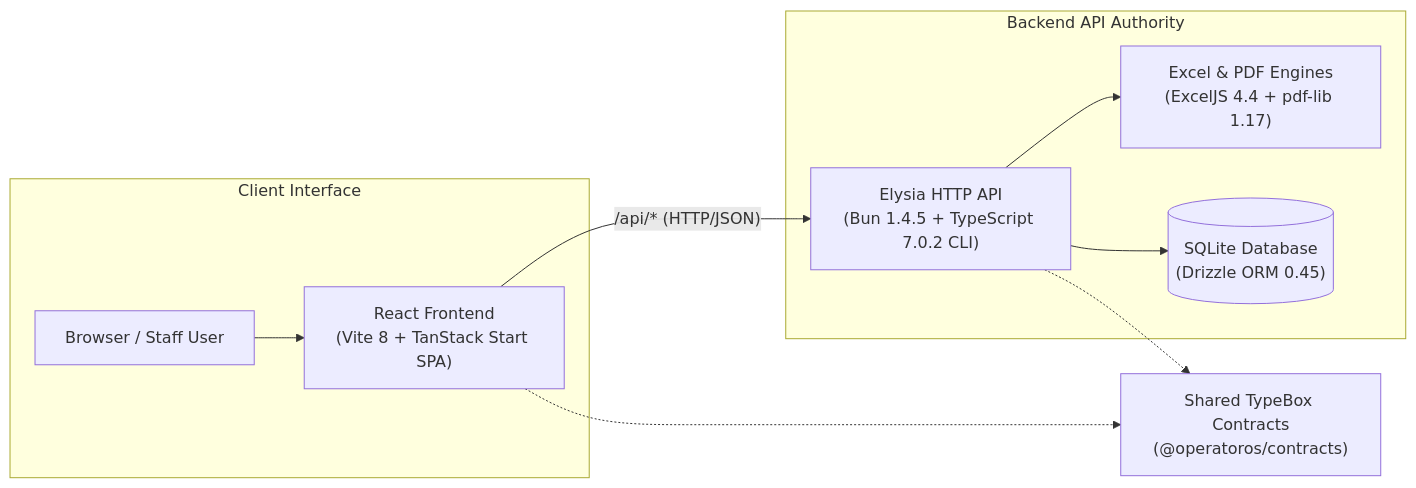
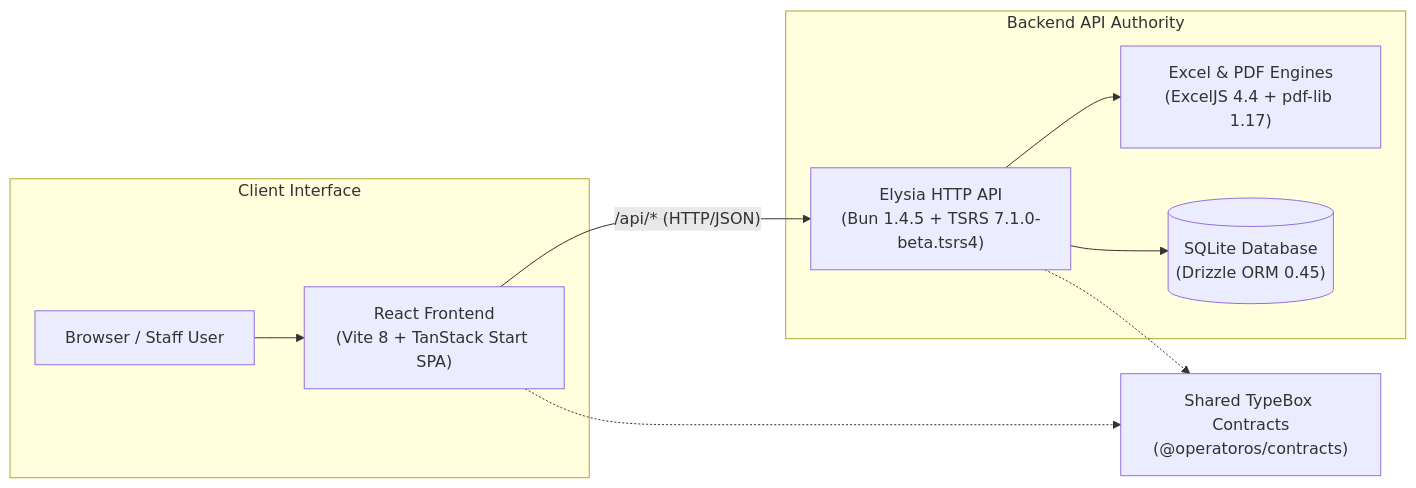
Before and after one commit to daoistmadness/operatoros: the first of 3 diagrams in README.md, drawn with Mermaid. The commit also changed other lines of this file and 74 other files, not shown here.

````diff
--- a/README.md
+++ b/README.md
@@ -46,22 +46,22 @@
 ```mermaid
 flowchart LR
   subgraph Client ["Client Interface"]
     Browser["Browser / Staff User"]
     FE["React Frontend<br/>(Vite 8 + TanStack Start SPA)"]
   end
 
   subgraph Server ["Backend API Authority"]
-    API["Elysia HTTP API<br/>(Bun 1.4.5 + TypeScript 7.0.2 CLI)"]
+    API["Elysia HTTP API<br/>(Bun 1.4.5 + TSRS 7.1.0-beta.tsrs4)"]
     Excel["Excel & PDF Engines<br/>(ExcelJS 4.4 + pdf-lib 1.17)"]
     DB[("SQLite Database<br/>(Drizzle ORM 0.45)")]
   end
 
   Contracts["Shared TypeBox Contracts<br/>(@operatoros/contracts)"]
 
   Browser --> FE
   FE -->|"/api/* (HTTP/JSON)"| API
   API --> DB
   API --> Excel
   FE -.-> Contracts
   API -.-> Contracts
 ```
````
